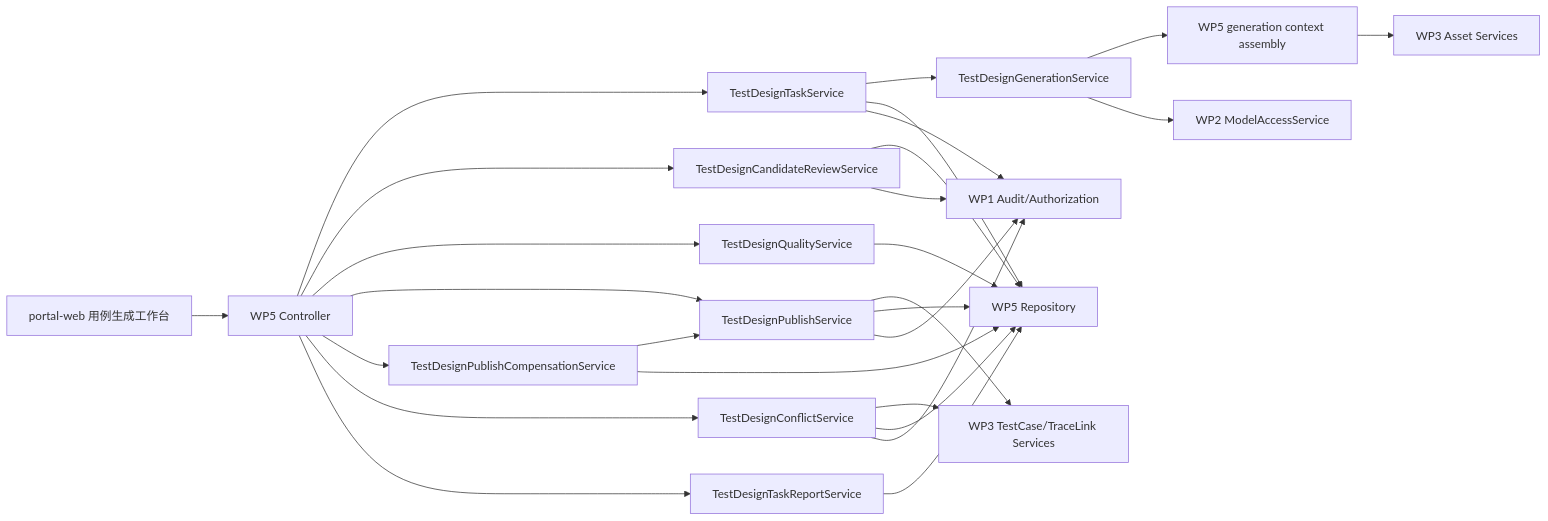
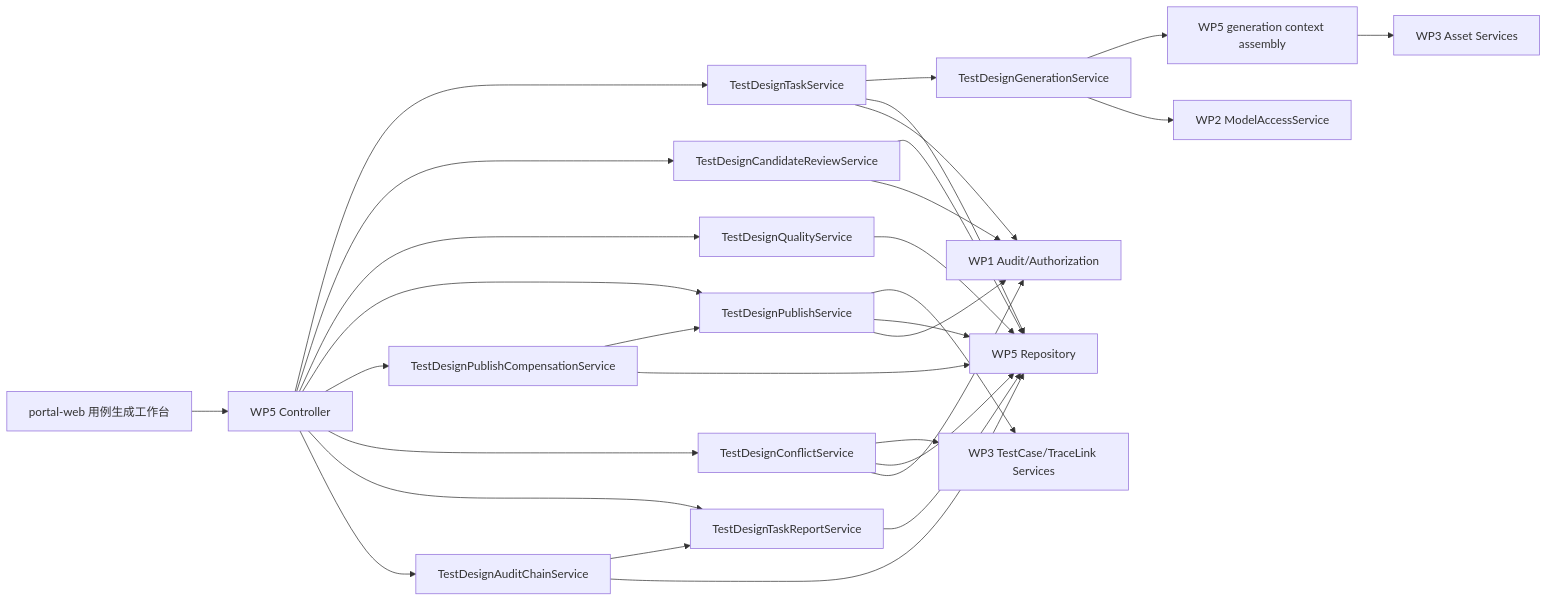
Before and after one commit to Sunhg2017/veri-agent: the diagram in doc/mvp/final/engineering/WP5-AI用例生成与评审-技术设计与接口契约.md, drawn with Mermaid. The commit also changed other lines of this file and 17 other files, not shown here.

First line of the commit message:
wp5: add aggregate audit chain endpoint

````diff
--- a/doc/mvp/final/engineering/WP5-AI用例生成与评审-技术设计与接口契约.md
+++ b/doc/mvp/final/engineering/WP5-AI用例生成与评审-技术设计与接口契约.md
@@ -25,29 +25,32 @@
 ```mermaid
 flowchart LR
     UI["portal-web 用例生成工作台"] --> API["WP5 Controller"]
     API --> TASK["TestDesignTaskService"]
     API --> REV["TestDesignCandidateReviewService"]
     API --> QUAL["TestDesignQualityService"]
     API --> PUB["TestDesignPublishService"]
     API --> COMP["TestDesignPublishCompensationService"]
     API --> CONFLICT["TestDesignConflictService"]
     API --> REPORT["TestDesignTaskReportService"]
+    API --> AUDITCHAIN["TestDesignAuditChainService"]
     TASK --> GEN["TestDesignGenerationService"]
     GEN --> CTX["WP5 generation context assembly"]
     CTX --> WP3R["WP3 Asset Services"]
     GEN --> WP2["WP2 ModelAccessService"]
     PUB --> WP3W["WP3 TestCase/TraceLink Services"]
     CONFLICT --> WP3W
     TASK --> REPO["WP5 Repository"]
     REV --> REPO
     QUAL --> REPO
     PUB --> REPO
     COMP --> PUB
     COMP --> REPO
     CONFLICT --> REPO
     REPORT --> REPO
+    AUDITCHAIN --> REPORT
+    AUDITCHAIN --> REPO
     TASK --> AUDIT["WP1 Audit/Authorization"]
     REV --> AUDIT
     PUB --> AUDIT
     CONFLICT --> AUDIT
 ```
````
